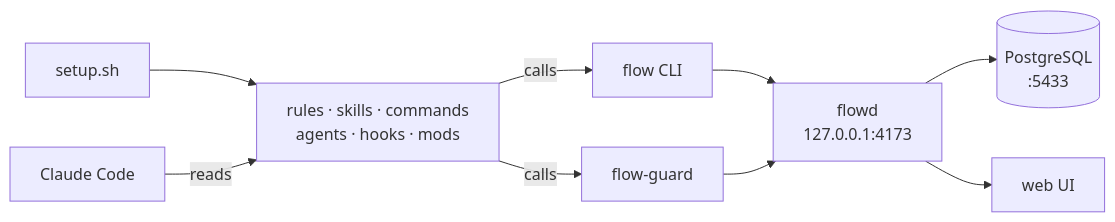
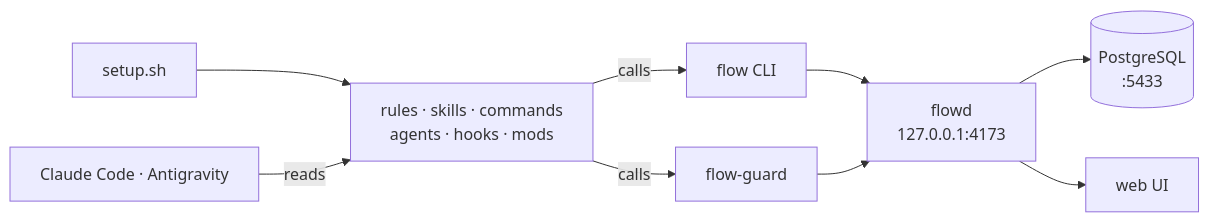
Before and after one commit to tweety53/agents: the first of 2 diagrams in README.md, drawn with Mermaid. The commit also changed other lines of this file, not shown here.

Commit message:
docs(readme): align installer targets, directory table and diagram with the repository

````diff
--- a/README.md
+++ b/README.md
@@ -32,11 +32,11 @@
 ```mermaid
 flowchart LR
     setup["setup.sh"] --> inst["rules · skills · commands<br/>agents · hooks · mods"]
-    cc["Claude Code"] -- reads --> inst
+    cc["Claude Code · Antigravity"] -- reads --> inst
     inst -- calls --> cli["flow CLI"]
     inst -- calls --> fg["flow-guard"]
     cli --> flowd["flowd<br/>127.0.0.1:4173"]
     fg --> flowd
     flowd --> pg[("PostgreSQL<br/>:5433")]
     flowd --> ui["web UI"]
 ```
````
